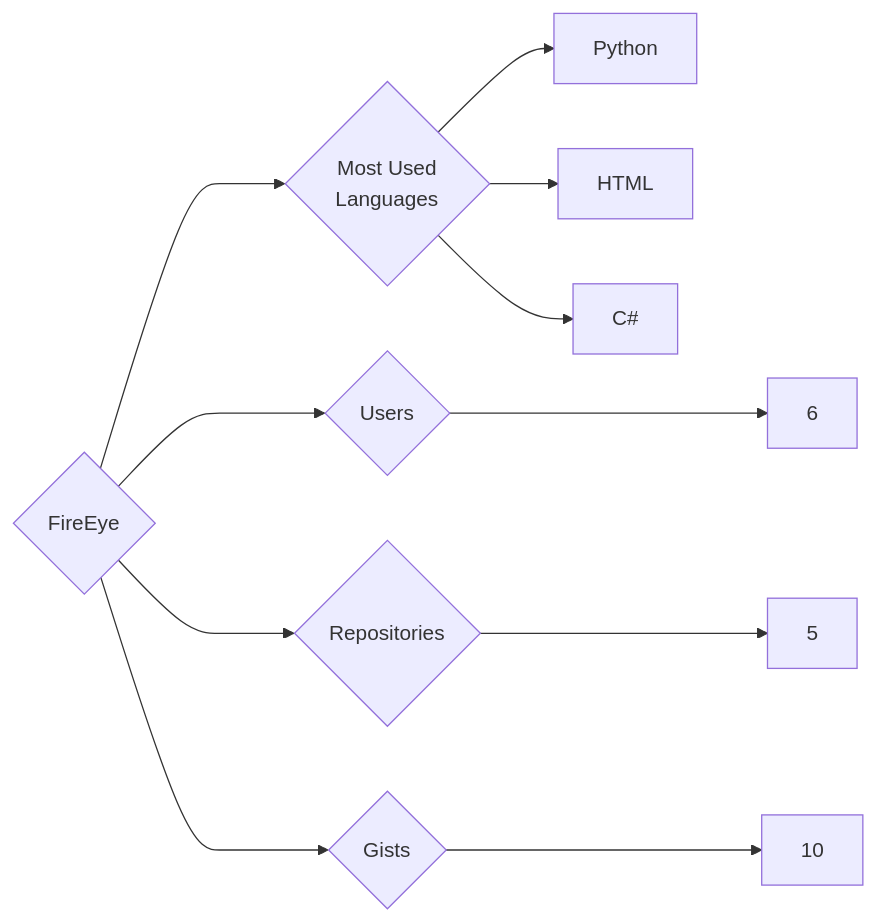
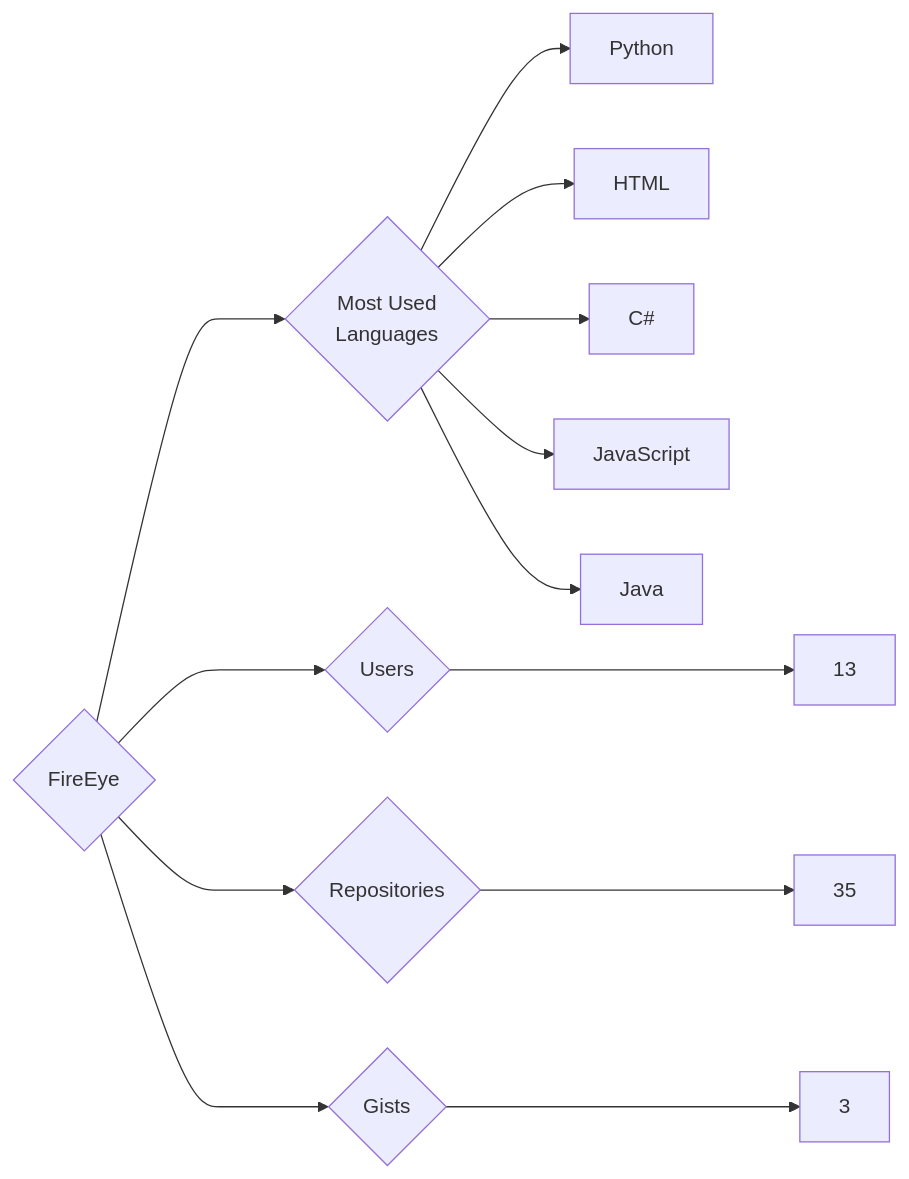
Before and after one commit to trickest/insiders: the diagram in targets/FireEye/README.md, drawn with Mermaid. The commit also changed 823 other files, not shown here.

````diff
--- a/targets/FireEye/README.md
+++ b/targets/FireEye/README.md
@@ -3,11 +3,13 @@
 ```mermaid
 graph LR
 COMPANY_NAME{FireEye}
-COMPANY_NAME ---> U{Users} ---> UN[6]
-COMPANY_NAME ---> R{Repositories} ---> RN[5]
-COMPANY_NAME ---> G{Gists} ---> GN[10]
+COMPANY_NAME ---> U{Users} ---> UN[13]
+COMPANY_NAME ---> R{Repositories} ---> RN[35]
+COMPANY_NAME ---> G{Gists} ---> GN[3]
 COMPANY_NAME ---> ML{Most Used<br>Languages}
 ML --> Python[Python]
 ML --> HTML[HTML]
 ML --> C#[C#]
+ML --> JavaScript[JavaScript]
+ML --> Java[Java]
 ```
````
